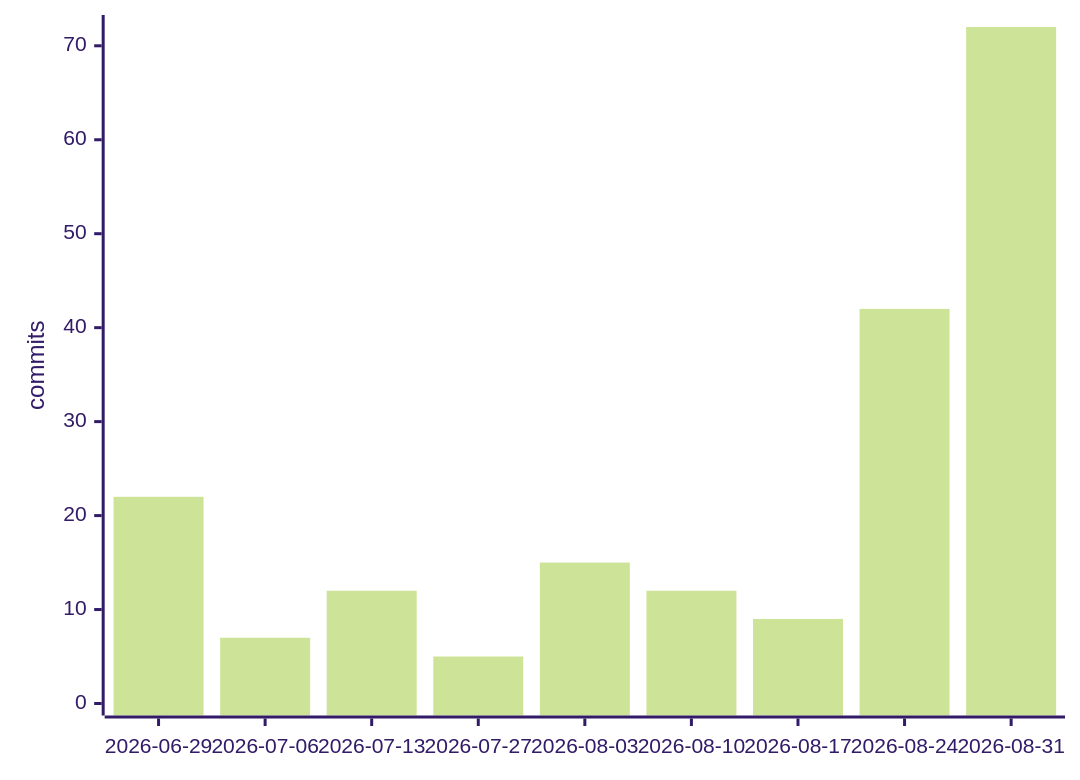
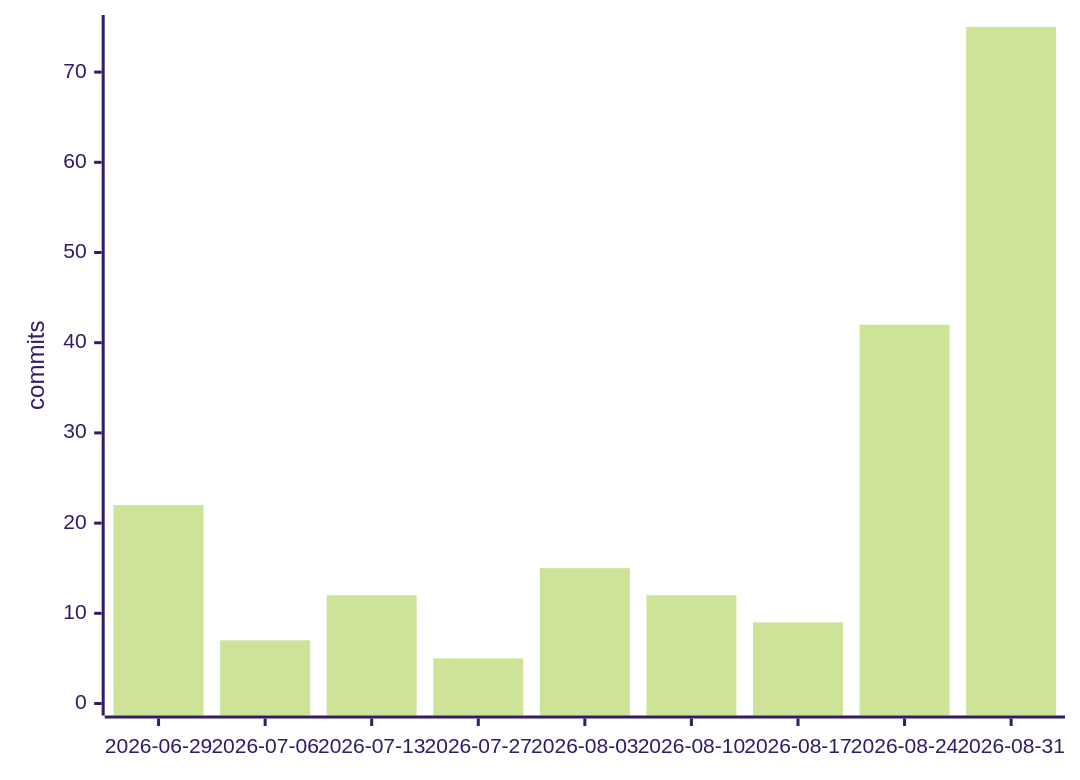
One commit to Manashjyoti-Bora/Manashjyoti-Bora changed the seventh of 7 diagrams in README.md. Above: the diagram before and after it, drawn with Mermaid (forest theme). The commit also changed other lines of this file and 4 other files, not shown here.

````diff
--- a/README.md
+++ b/README.md
@@ -539,6 +539,6 @@
 ```mermaid
 xychart-beta
     x-axis ["2026-06-29", "2026-07-06", "2026-07-13", "2026-07-27", "2026-08-03", "2026-08-10", "2026-08-17", "2026-08-24", "2026-08-31"]
-    y-axis "commits" 0 --> 72
-    bar [22, 7, 12, 5, 15, 12, 9, 42, 72]
+    y-axis "commits" 0 --> 75
+    bar [22, 7, 12, 5, 15, 12, 9, 42, 75]
 ```
````
